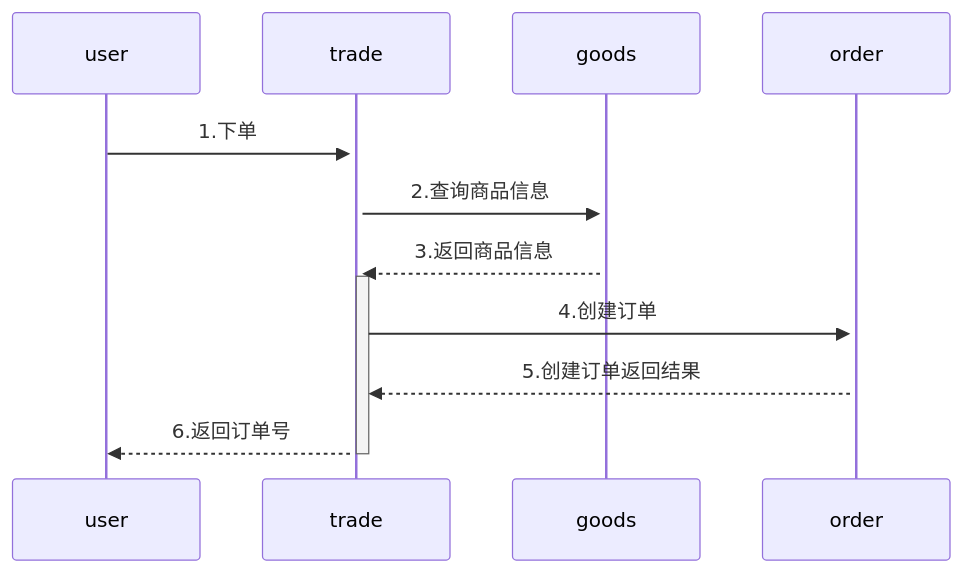
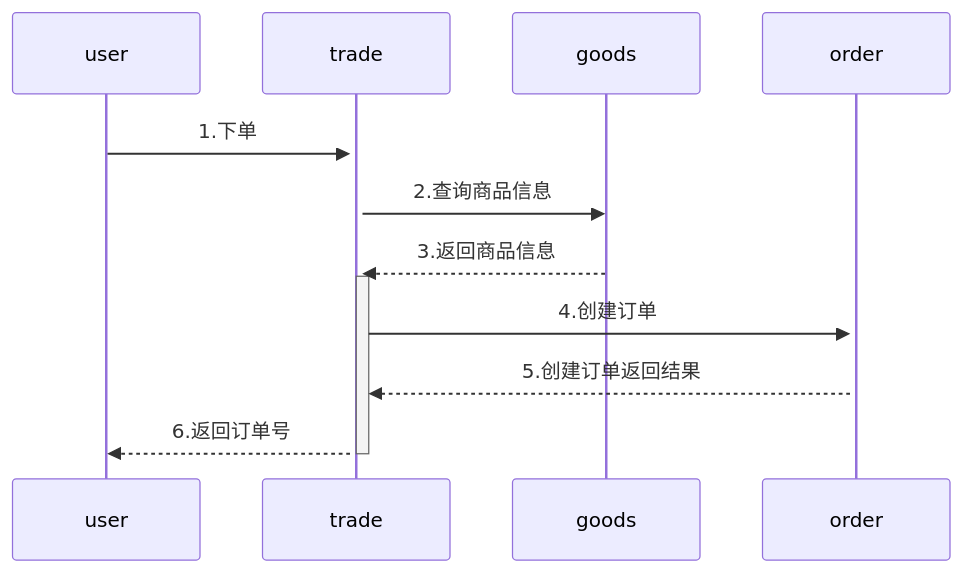
The diagram in all/未命名-6.md (yingjianzh/iodraw-files), drawn with Mermaid before and after one commit.

Commit message:
2024-08-19 15:22:29 update

````diff
--- a/all/未命名-6.md
+++ b/all/未命名-6.md
@@ -1,9 +1,9 @@
 ```mermaid
 sequenceDiagram
     user->>+trade: 1.下单
-    trade->>+goods: 2.查询商品信息
+    trade->>goods: 2.查询商品信息
     goods-->>+trade: 3.返回商品信息
     trade->>+order: 4.创建订单
     order-->>trade: 5.创建订单返回结果
     trade-->>-user: 6.返回订单号
 ```
````
